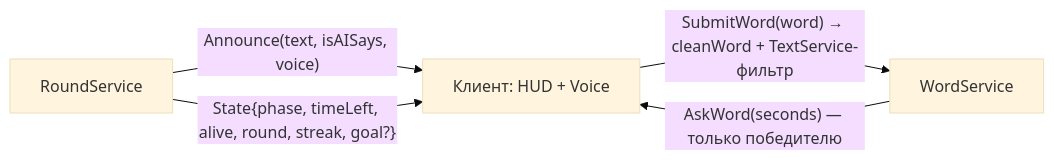
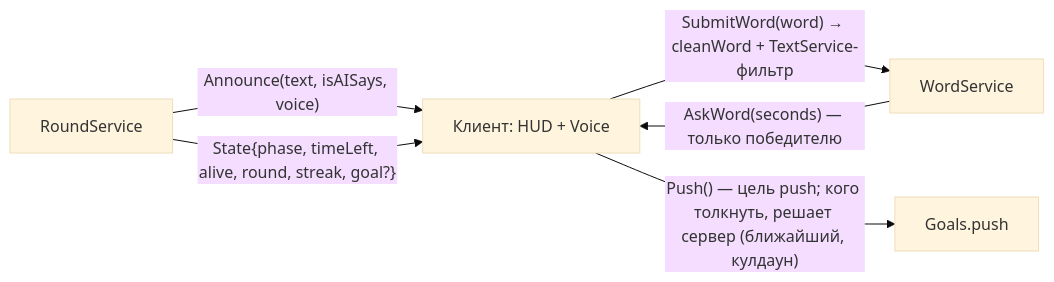
Before and after one commit to HageZERO2/AI-SAYS: the second of 3 diagrams in docs/GRAPH.md, drawn with Mermaid (base theme). The commit also changed other lines of this file and 6 other files, not shown here.

First line of the commit message:
Goals hide and push: all 6 goals from the design

````diff
--- a/docs/GRAPH.md
+++ b/docs/GRAPH.md
@@ -49,7 +49,8 @@
 ```mermaid
 graph LR
   RS[RoundService] -- "Announce(text, isAISays, voice)" --> C[Клиент: HUD + Voice]
   RS -- "State{phase, timeLeft, alive, round, streak, goal?}" --> C
   WS[WordService] -- "AskWord(seconds) — только победителю" --> C
   C -- "SubmitWord(word) → cleanWord + TextService-фильтр" --> WS
+  C -- "Push() — цель push; кого толкнуть, решает сервер (ближайший, кулдаун)" --> G[Goals.push]
 ```
````
